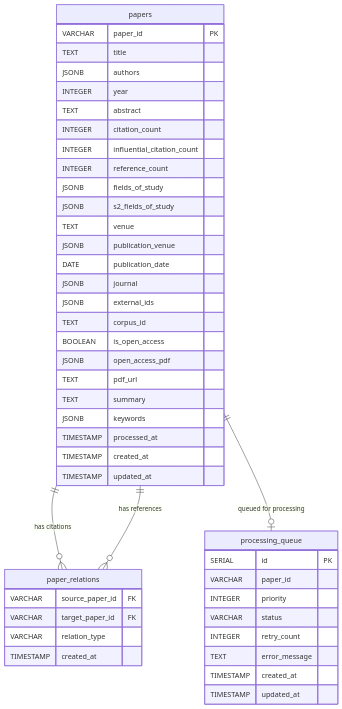
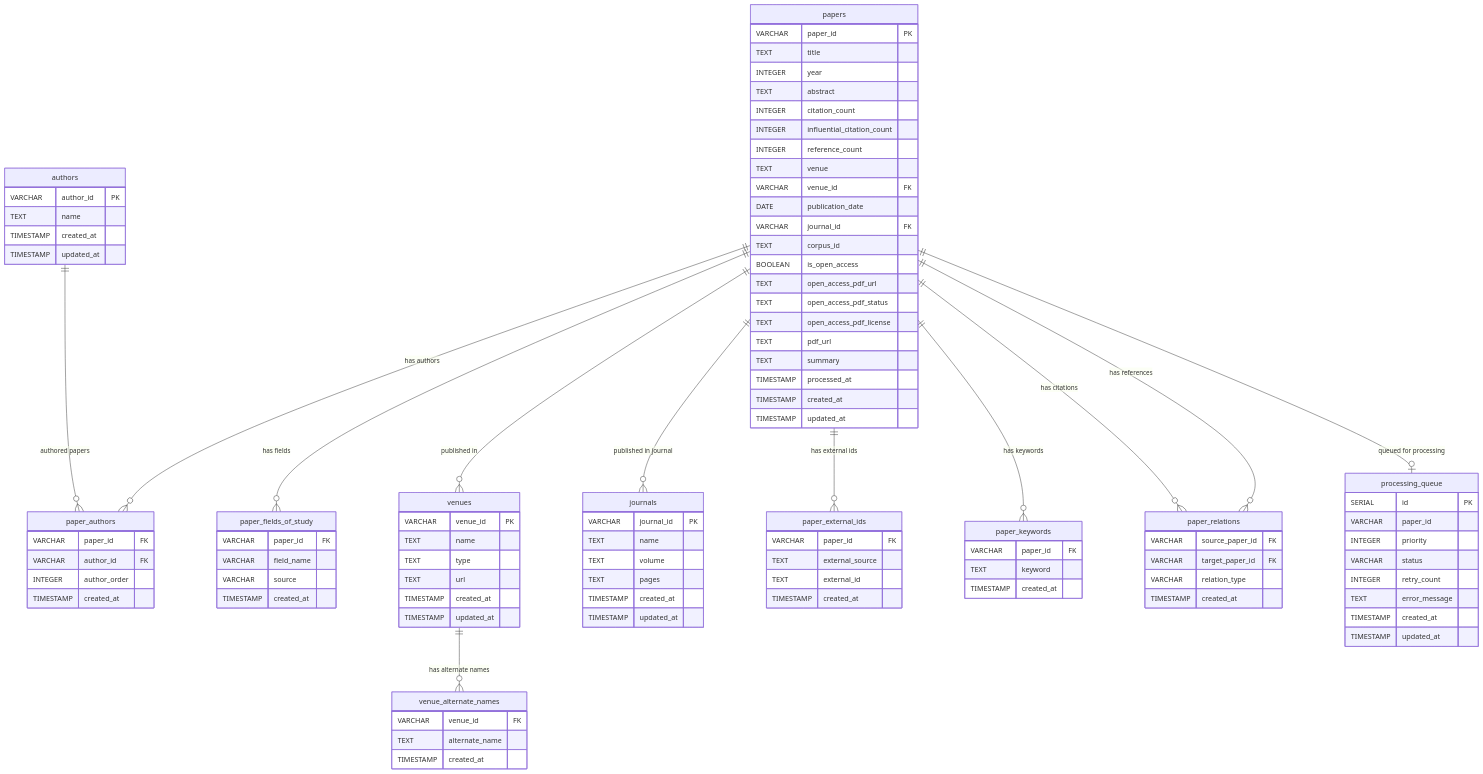
One commit to tsuji-tomonori/ref-net changed the diagram in docs/spec/table/postgresql_tables.md. Above: the diagram before and after it, drawn with Mermaid. The commit also changed other lines of this file, not shown here.

```diff
--- a/docs/spec/table/postgresql_tables.md
+++ b/docs/spec/table/postgresql_tables.md
@@ -7,28 +7,83 @@
     papers {
         VARCHAR paper_id PK
         TEXT title
-        JSONB authors
         INTEGER year
         TEXT abstract
         INTEGER citation_count
         INTEGER influential_citation_count
         INTEGER reference_count
-        JSONB fields_of_study
-        JSONB s2_fields_of_study
         TEXT venue
-        JSONB publication_venue
+        VARCHAR venue_id FK
         DATE publication_date
-        JSONB journal
-        JSONB external_ids
+        VARCHAR journal_id FK
         TEXT corpus_id
         BOOLEAN is_open_access
-        JSONB open_access_pdf
+        TEXT open_access_pdf_url
+        TEXT open_access_pdf_status
+        TEXT open_access_pdf_license
         TEXT pdf_url
         TEXT summary
-        JSONB keywords
         TIMESTAMP processed_at
         TIMESTAMP created_at
         TIMESTAMP updated_at
+    }
+
+    paper_authors {
+        VARCHAR paper_id FK
+        VARCHAR author_id FK
+        INTEGER author_order
+        TIMESTAMP created_at
+    }
+
+    authors {
+        VARCHAR author_id PK
+        TEXT name
+        TIMESTAMP created_at
+        TIMESTAMP updated_at
+    }
+
+    paper_fields_of_study {
+        VARCHAR paper_id FK
+        VARCHAR field_name
+        VARCHAR source
+        TIMESTAMP created_at
+    }
+
+    venues {
+        VARCHAR venue_id PK
+        TEXT name
+        TEXT type
+        TEXT url
+        TIMESTAMP created_at
+        TIMESTAMP updated_at
+    }
+
+    venue_alternate_names {
+        VARCHAR venue_id FK
+        TEXT alternate_name
+        TIMESTAMP created_at
+    }
+
+    journals {
+        VARCHAR journal_id PK
+        TEXT name
+        TEXT volume
+        TEXT pages
+        TIMESTAMP created_at
+        TIMESTAMP updated_at
+    }
+
+    paper_external_ids {
+        VARCHAR paper_id FK
+        TEXT external_source
+        TEXT external_id
+        TIMESTAMP created_at
+    }
+
+    paper_keywords {
+        VARCHAR paper_id FK
+        TEXT keyword
+        TIMESTAMP created_at
     }
 
     paper_relations {
@@ -49,6 +104,14 @@
         TIMESTAMP updated_at
     }
 
+    papers ||--o{ paper_authors : "has authors"
+    authors ||--o{ paper_authors : "authored papers"
+    papers ||--o{ paper_fields_of_study : "has fields"
+    papers ||--o{ venues : "published in"
+    venues ||--o{ venue_alternate_names : "has alternate names"
+    papers ||--o{ journals : "published in journal"
+    papers ||--o{ paper_external_ids : "has external ids"
+    papers ||--o{ paper_keywords : "has keywords"
     papers ||--o{ paper_relations : "has citations"
     papers ||--o{ paper_relations : "has references"
     papers ||--o| processing_queue : "queued for processing"
```
